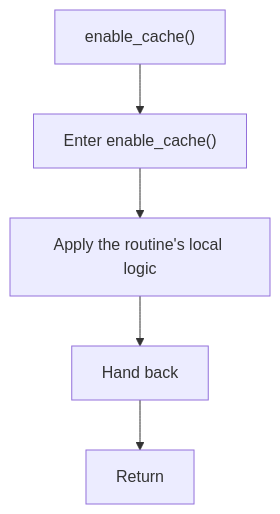
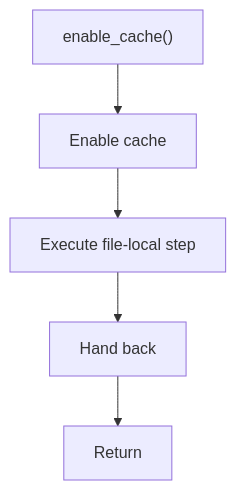
One commit to JohnAndrewBalbarosa/NeoTerritory changed the fifth of 7 diagrams in docs/Codebase/LegacyPatternTransformSamples/legacy_singleton_to_factory_sample.cpp.md. Above: the diagram before and after it, drawn with Mermaid. The commit also changed other lines of this file and 915 other files, not shown here.

````diff
--- a/docs/Codebase/LegacyPatternTransformSamples/legacy_singleton_to_factory_sample.cpp.md
+++ b/docs/Codebase/LegacyPatternTransformSamples/legacy_singleton_to_factory_sample.cpp.md
@@ -138,12 +137,12 @@
 ```mermaid
 flowchart TD
     Start["enable_cache()"]
-    N0["Enter enable_cache()"]
-    N1["Apply the routine's local logic"]
+    N0["Enable cache"]
+    N1["Execute file-local step"]
     N2["Hand back"]
     End["Return"]
     Start --> N0
     N0 --> N1
     N1 --> N2
     N2 --> End
 ```
````
